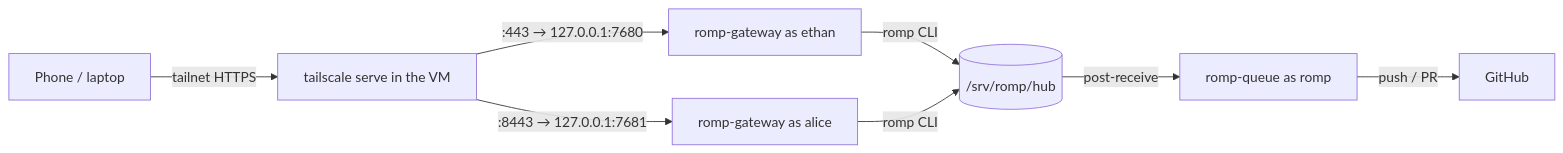
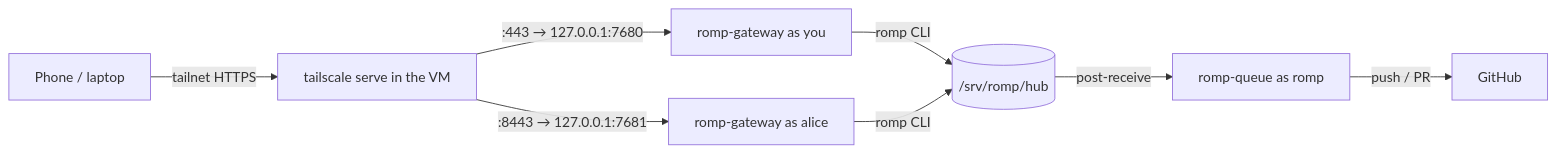
One commit to 3thanjmac/ROMP changed the diagram in docs/deploy.md. Above: the diagram before and after it, drawn with Mermaid. The commit also changed other lines of this file and 13 other files, not shown here.

````diff
--- a/docs/deploy.md
+++ b/docs/deploy.md
@@ -5,9 +5,9 @@
 ```mermaid
 flowchart LR
   P[Phone / laptop] -->|tailnet HTTPS| TS[tailscale serve in the VM]
-  TS -->|:443 → 127.0.0.1:7680| G1[romp-gateway as ethan]
+  TS -->|:443 → 127.0.0.1:7680| G1[romp-gateway as you]
   TS -->|:8443 → 127.0.0.1:7681| G2[romp-gateway as alice]
   G1 & G2 -->|romp CLI| HUB[(/srv/romp/hub)]
   HUB -->|post-receive| Q[romp-queue as romp]
   Q -->|push / PR| GH[GitHub]
 ```
````
